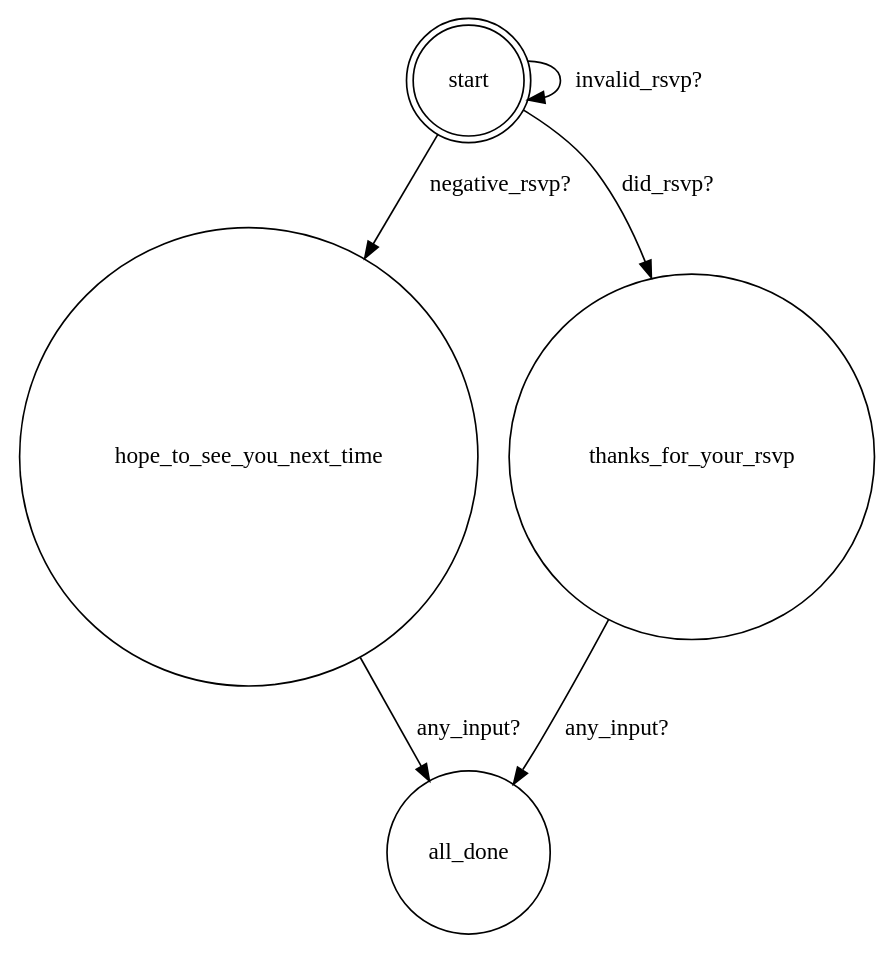
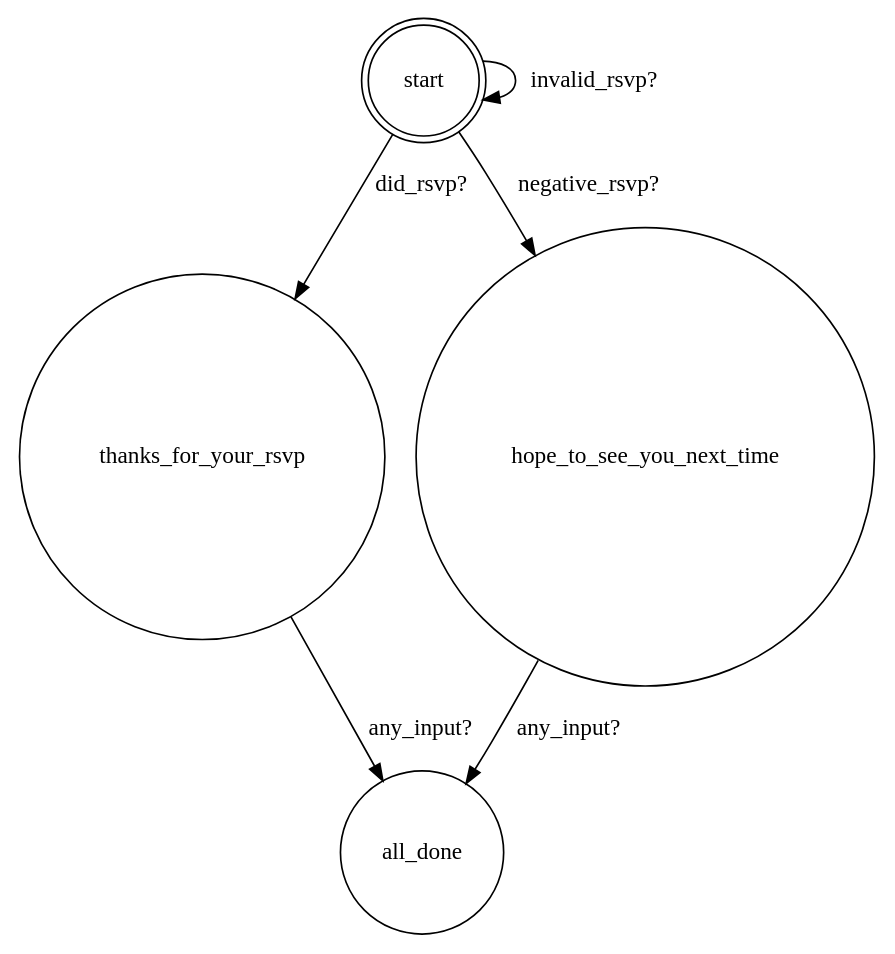
One commit to kyleburton/twilio-in-ten-minutes changed the diagram in public/workflows/rsvp.dot. Above: the diagram before and after it, drawn with Graphviz. The commit also changed other lines of this file and 3 other files, not shown here.

```diff
--- a/public/workflows/rsvp.dot
+++ b/public/workflows/rsvp.dot
@@ -1,11 +1,11 @@
 digraph {
+  "thanks_for_your_rsvp" [ shape = circle ]; 
+  "thanks_for_your_rsvp" -> "all_done" [ label = "any_input?" ];
   "hope_to_see_you_next_time" [ shape = circle ]; 
   "hope_to_see_you_next_time" -> "all_done" [ label = "any_input?" ];
-  "all_done" [ shape = circle ]; 
   "start" [ shape = doublecircle ]; 
   "start" -> "start" [ label = "invalid_rsvp?" ];
   "start" -> "thanks_for_your_rsvp" [ label = "did_rsvp?" ];
   "start" -> "hope_to_see_you_next_time" [ label = "negative_rsvp?" ];
-  "thanks_for_your_rsvp" [ shape = circle ]; 
-  "thanks_for_your_rsvp" -> "all_done" [ label = "any_input?" ];
+  "all_done" [ shape = circle ]; 
 }
```
